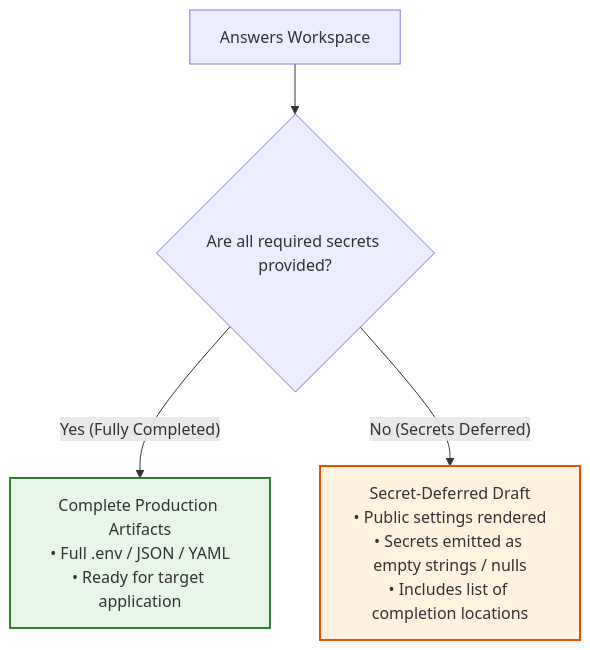
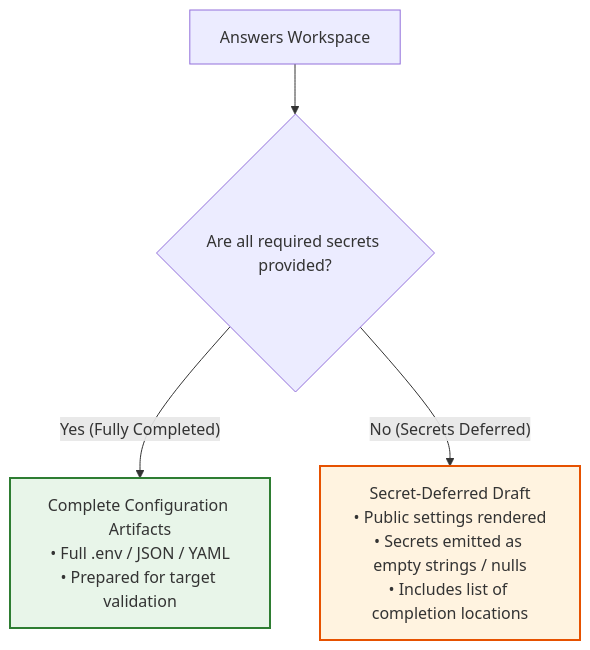
The second of 2 diagrams in docs/public/definitions.md (islamu-ngo/Configurator), drawn with Mermaid before and after one commit. The commit also changed other lines of this file and 10 other files, not shown here.

````diff
--- a/docs/public/definitions.md
+++ b/docs/public/definitions.md
@@ -417,10 +424,10 @@
 ```mermaid
 flowchart TD
     ANSWERS["Answers Workspace"] --> EVAL{"Are all required secrets provided?"}
     
-    EVAL -->|"Yes (Fully Completed)"| READY["Complete Production Artifacts<br/>• Full .env / JSON / YAML<br/>• Ready for target application"]
+    EVAL -->|"Yes (Fully Completed)"| READY["Complete Configuration Artifacts<br/>• Full .env / JSON / YAML<br/>• Prepared for target validation"]
     EVAL -->|"No (Secrets Deferred)"| DRAFT["Secret-Deferred Draft<br/>• Public settings rendered<br/>• Secrets emitted as empty strings / nulls<br/>• Includes list of completion locations"]
 
     style READY fill:#e8f5e9,stroke:#2e7d32,stroke-width:2px
     style DRAFT fill:#fff3e0,stroke:#e65100,stroke-width:2px
 ```
````
